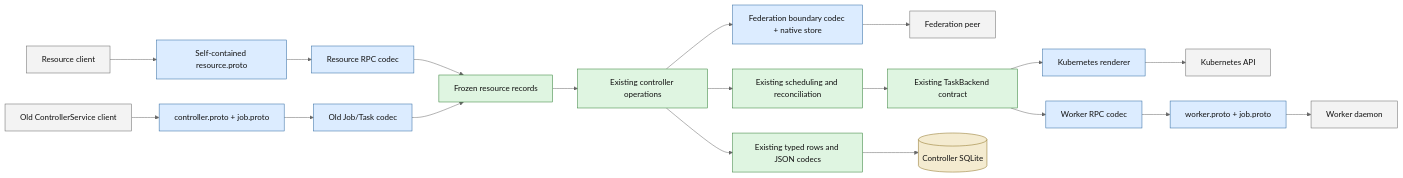
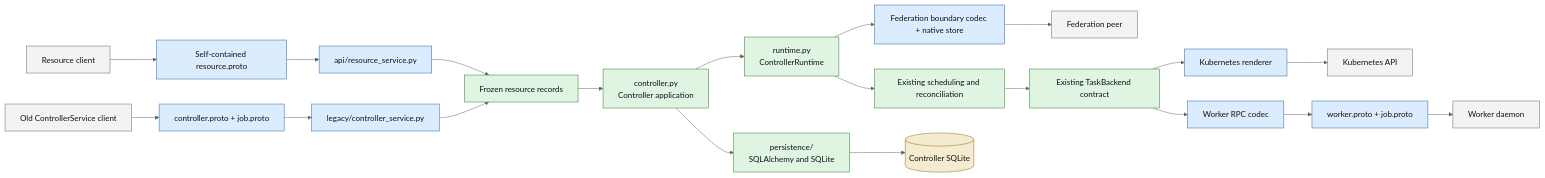
The second of 3 diagrams in .agents/projects/iris_resource_model/architecture.md (marin-community/marin), drawn with Mermaid (neutral theme) before and after one commit. The commit also changed other lines of this file and 185 other files, not shown here.

First line of the commit message:
[iris] Organize resource controller boundaries

````diff
--- a/.agents/projects/iris_resource_model/architecture.md
+++ b/.agents/projects/iris_resource_model/architecture.md
@@ -93,38 +99,40 @@
 ```mermaid
 flowchart LR
     classDef caller fill:#f3f3f3,stroke:#666,color:#111
     classDef wire fill:#dcecff,stroke:#2b67a0,color:#111
     classDef core fill:#dff5e1,stroke:#2f7d32,color:#111
     classDef store fill:#f4ebd0,stroke:#8a6d1d,color:#111
 
     resourceCaller[Resource client]:::caller
     oldCaller[Old ControllerService client]:::caller
     worker[Worker daemon]:::caller
     kubernetes[Kubernetes API]:::caller
     peer[Federation peer]:::caller
 
     resourceWire[Self-contained resource.proto]:::wire
     oldWire[controller.proto + job.proto]:::wire
     workerWire[worker.proto + job.proto]:::wire
 
-    resourceRpc[Resource RPC codec]:::wire
-    oldRpc[Old Job/Task codec]:::wire
+    resourceRpc[api/resource_service.py]:::wire
+    oldRpc[legacy/controller_service.py]:::wire
     records[Frozen resource records]:::core
-    controller[Existing controller operations]:::core
-    persistence[Existing typed rows and JSON codecs]:::core
+    controller[controller.py<br/>Controller application]:::core
+    runtime[ runtime.py<br/>ControllerRuntime]:::core
+    persistence[persistence/<br/>SQLAlchemy and SQLite]:::core
     scheduling[Existing scheduling and reconciliation]:::core
     backend[Existing TaskBackend contract]:::core
     rpcBackend[Worker RPC codec]:::wire
     k8sBackend[Kubernetes renderer]:::wire
     federation[Federation boundary codec + native store]:::wire
     sqlite[(Controller SQLite)]:::store
 
     resourceCaller --> resourceWire --> resourceRpc --> records
     oldCaller --> oldWire --> oldRpc --> records
     records --> controller
     controller --> persistence --> sqlite
-    controller --> scheduling --> backend
+    controller --> runtime
+    runtime --> scheduling --> backend
     backend --> rpcBackend --> workerWire --> worker
     backend --> k8sBackend --> kubernetes
-    controller --> federation --> peer
+    runtime --> federation --> peer
 ```
````
